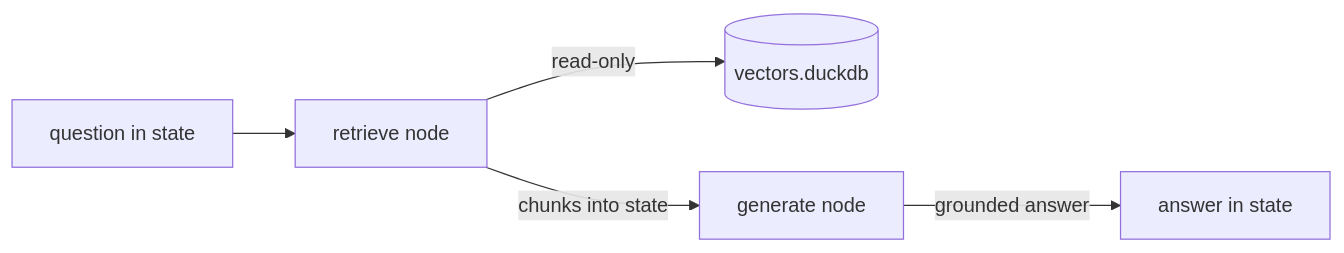
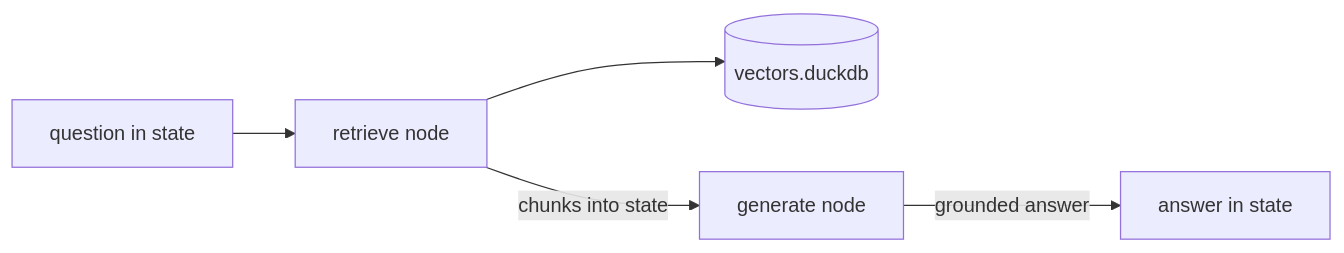
The diagram in documentation/langgraph-guide.md (bernard357/duckdb-vectors), drawn with Mermaid before and after one commit. The commit also changed other lines of this file and 41 other files, not shown here.

First line of the commit message:
refactor!: remove the read-only store concept package-wide

````diff
--- a/documentation/langgraph-guide.md
+++ b/documentation/langgraph-guide.md
@@ -15,7 +15,7 @@
 ```mermaid
 flowchart LR
     Start[question in state] --> Retrieve[retrieve node]
-    Retrieve -->|read-only| DB[(vectors.duckdb)]
+    Retrieve --> DB[(vectors.duckdb)]
     Retrieve -->|chunks into state| Generate[generate node]
     Generate -->|grounded answer| End[answer in state]
 ```
````
